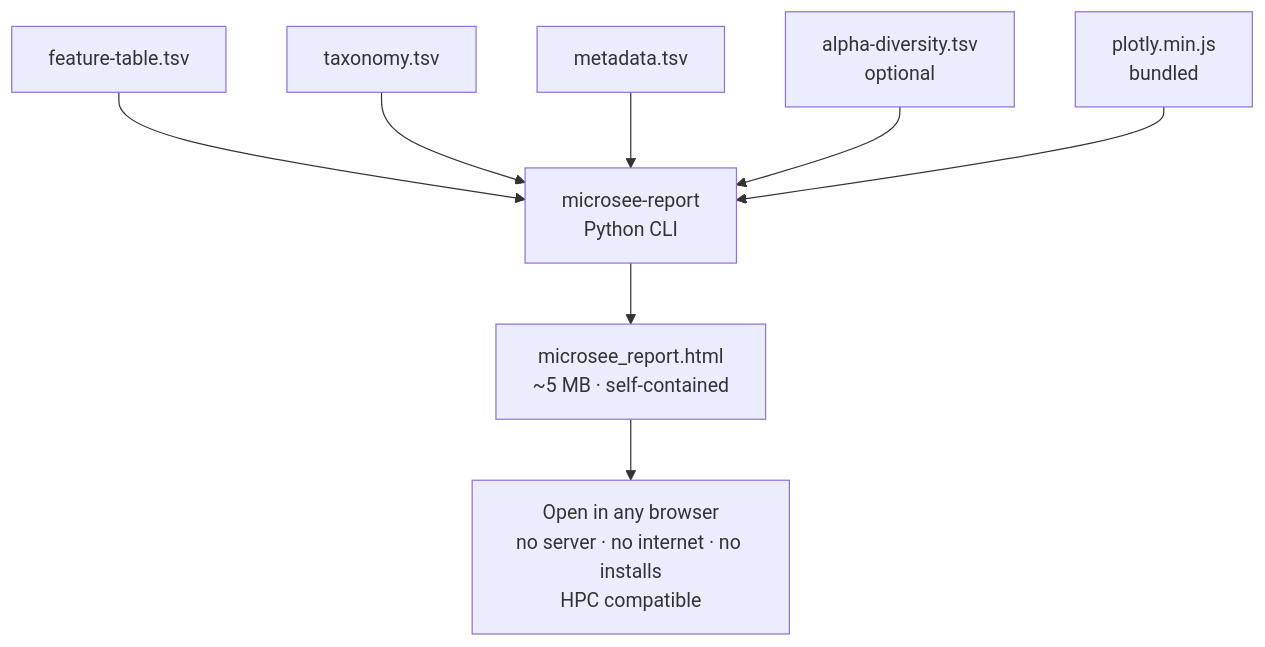
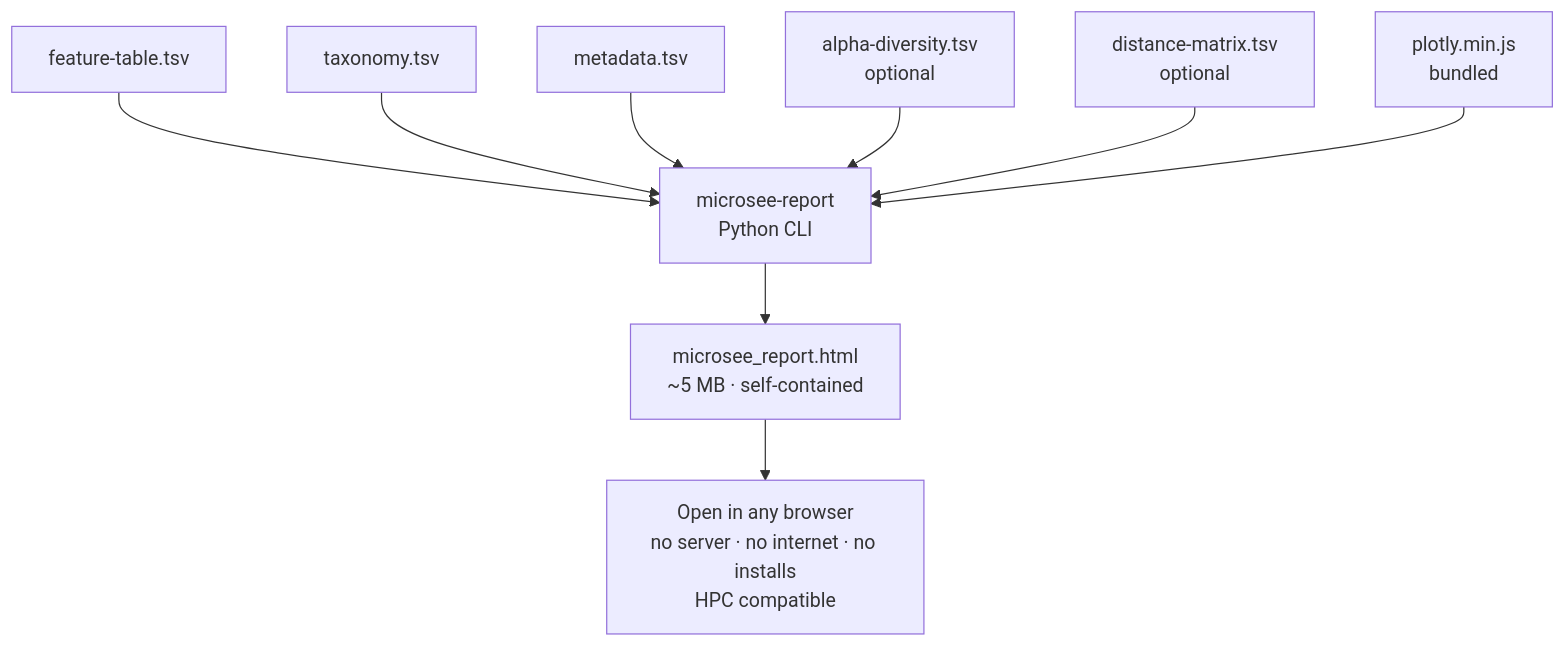
Before and after one commit to egenomics/agb2026: the diagram in README.md, drawn with Mermaid. The commit also changed other lines of this file and 120 other files, not shown here.

````diff
--- a/README.md
+++ b/README.md
@@ -15,10 +25,11 @@
 ```mermaid
 flowchart TD
     FT[feature-table.tsv]            --> R[microsee-report\nPython CLI]
     TX[taxonomy.tsv]                  --> R
     MD[metadata.tsv]                  --> R
     AL[alpha-diversity.tsv\noptional] --> R
+    DM[distance-matrix.tsv\noptional] --> R
     PJ[plotly.min.js\nbundled]        --> R
     R --> HTML[microsee_report.html\n~5 MB · self-contained]
     HTML --> USER[Open in any browser\nno server · no internet · no installs\nHPC compatible]
 ```
````
